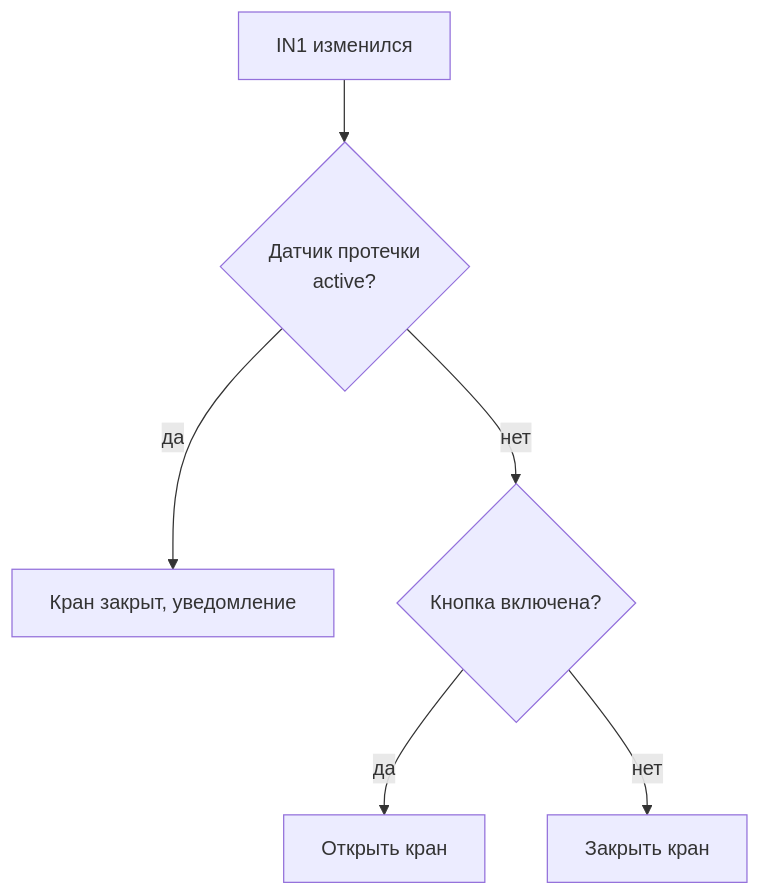
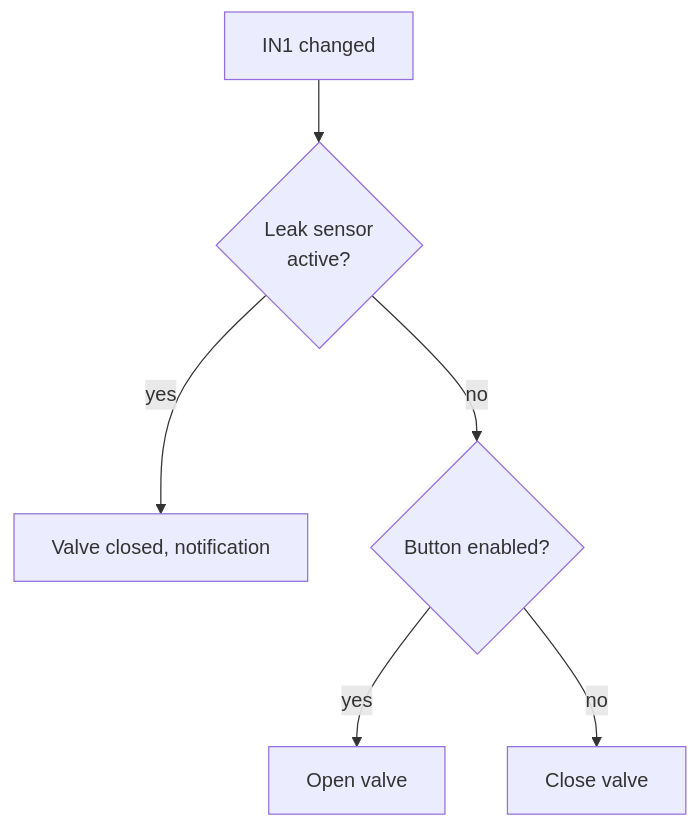
Before and after one commit to wirenboard/wb-ai-skills: the first of 3 diagrams in skills/bash/diagrams/SKILL.md, drawn with Mermaid. The commit also changed other lines of this file and 62 other files, not shown here.

````diff
--- a/skills/bash/diagrams/SKILL.md
+++ b/skills/bash/diagrams/SKILL.md
@@ -43,8 +43,8 @@
 ```mermaid
 flowchart TD
-    A[IN1 изменился] --> B{Датчик протечки<br/>active?}
-    B -- да --> C[Кран закрыт, уведомление]
-    B -- нет --> D{Кнопка включена?}
-    D -- да --> E[Открыть кран]
-    D -- нет --> F[Закрыть кран]
+    A[IN1 changed] --> B{Leak sensor<br/>active?}
+    B -- yes --> C[Valve closed, notification]
+    B -- no --> D{Button enabled?}
+    D -- yes --> E[Open valve]
+    D -- no --> F[Close valve]
 ```
````
